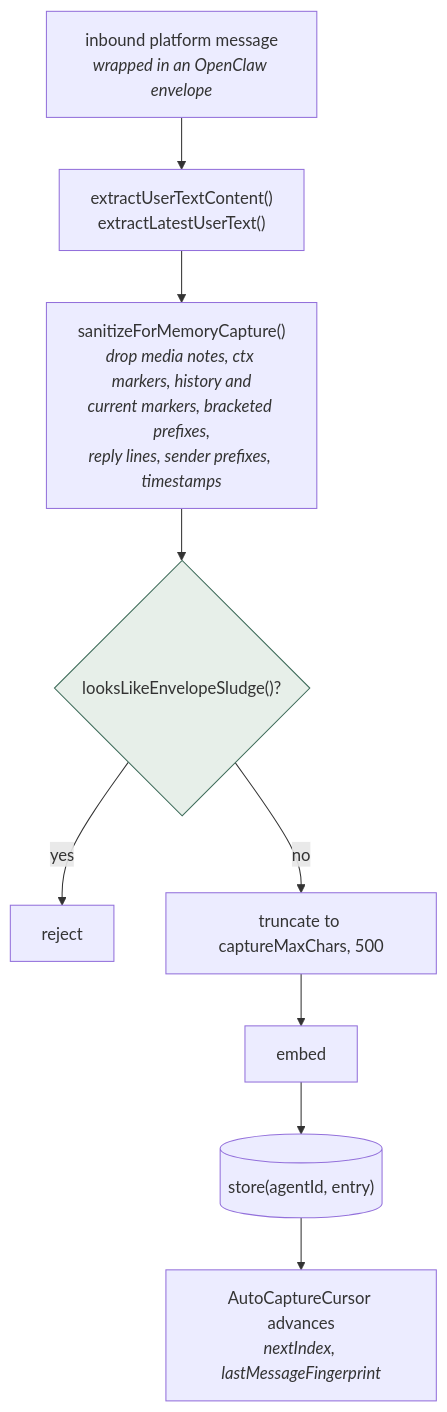
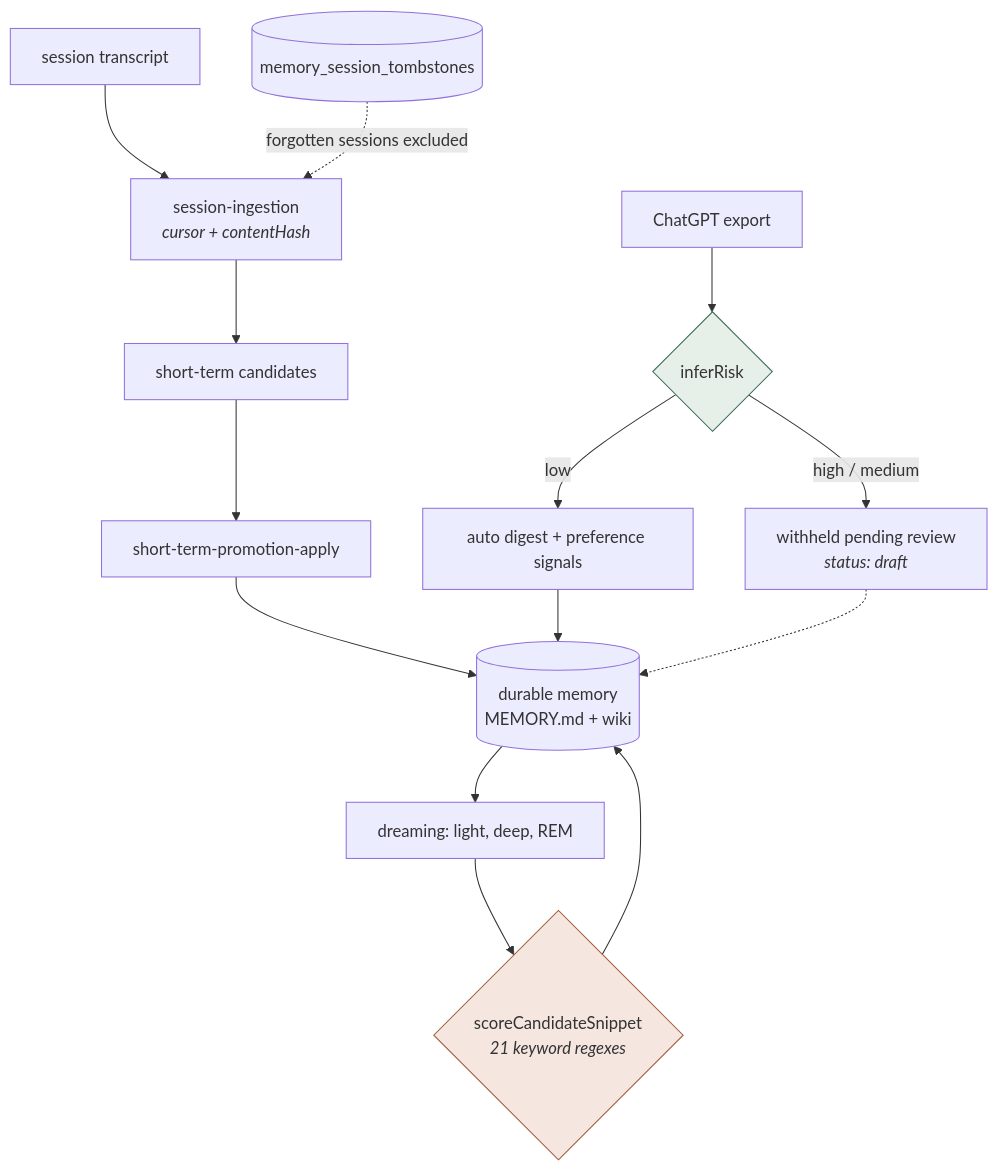
One commit to neoneye/agent-memory-atlas changed the first of 2 diagrams in content/systems/openclaw.md. Above: the diagram before and after it, drawn with Mermaid. The commit also changed other lines of this file and 17 other files, not shown here.

First line of the commit message:
OpenClaw at 2.0: the report described the wrong extension

````diff
--- a/content/systems/openclaw.md
+++ b/content/systems/openclaw.md
@@ -73,14 +114,22 @@
 ```mermaid
-%% caption: envelope sludge is detected and rejected before embedding, so the capture cursor only advances on text that survived sanitisation
+%% caption: a session transcript is ingested, promoted, and only then consolidated into the durable file — with a session tombstone cutting the loop at ingestion and a risk gate cutting it at import
 flowchart TB
-    M["inbound platform message<br/><i>wrapped in an OpenClaw envelope</i>"] --> X["extractUserTextContent()<br/>extractLatestUserText()"]
-    X --> SAN["sanitizeForMemoryCapture()<br/><i>drop media notes, ctx markers, history and<br/>current markers, bracketed prefixes,<br/>reply lines, sender prefixes, timestamps</i>"]
-    SAN --> SLU{"looksLikeEnvelopeSludge()?"}
-    SLU -->|yes| REJ["reject"]
-    SLU -->|no| TR["truncate to captureMaxChars, 500"]
-    TR --> EM["embed"]
-    EM --> ST[("store(agentId, entry)")]
-    ST --> CUR["AutoCaptureCursor advances<br/><i>nextIndex, lastMessageFingerprint</i>"]
+    S["session transcript"] --> ING["session-ingestion<br/><i>cursor + contentHash</i>"]
+    TOMB[("memory_session_tombstones")] -. "forgotten sessions excluded" .-> ING
+    ING --> ST["short-term candidates"]
+    ST --> PROM["short-term-promotion-apply"]
+    PROM --> DUR[("durable memory<br/>MEMORY.md + wiki")]
 
-    style SLU fill:#e7efe9,stroke:#3d6b59
+    IMP["ChatGPT export"] --> RISK{"inferRisk"}
+    RISK -->|"high / medium"| HELD["withheld pending review<br/><i>status: draft</i>"]
+    RISK -->|"low"| DIG["auto digest + preference signals"]
+    DIG --> DUR
+    HELD -.-> DUR
+
+    DUR --> DREAM["dreaming: light, deep, REM"]
+    DREAM --> SCORE{"scoreCandidateSnippet<br/><i>21 keyword regexes</i>"}
+    SCORE --> DUR
+
+    style RISK fill:#e7efe9,stroke:#3d6b59
+    style SCORE fill:#f5e6e0,stroke:#a35b3d
 ```
````
